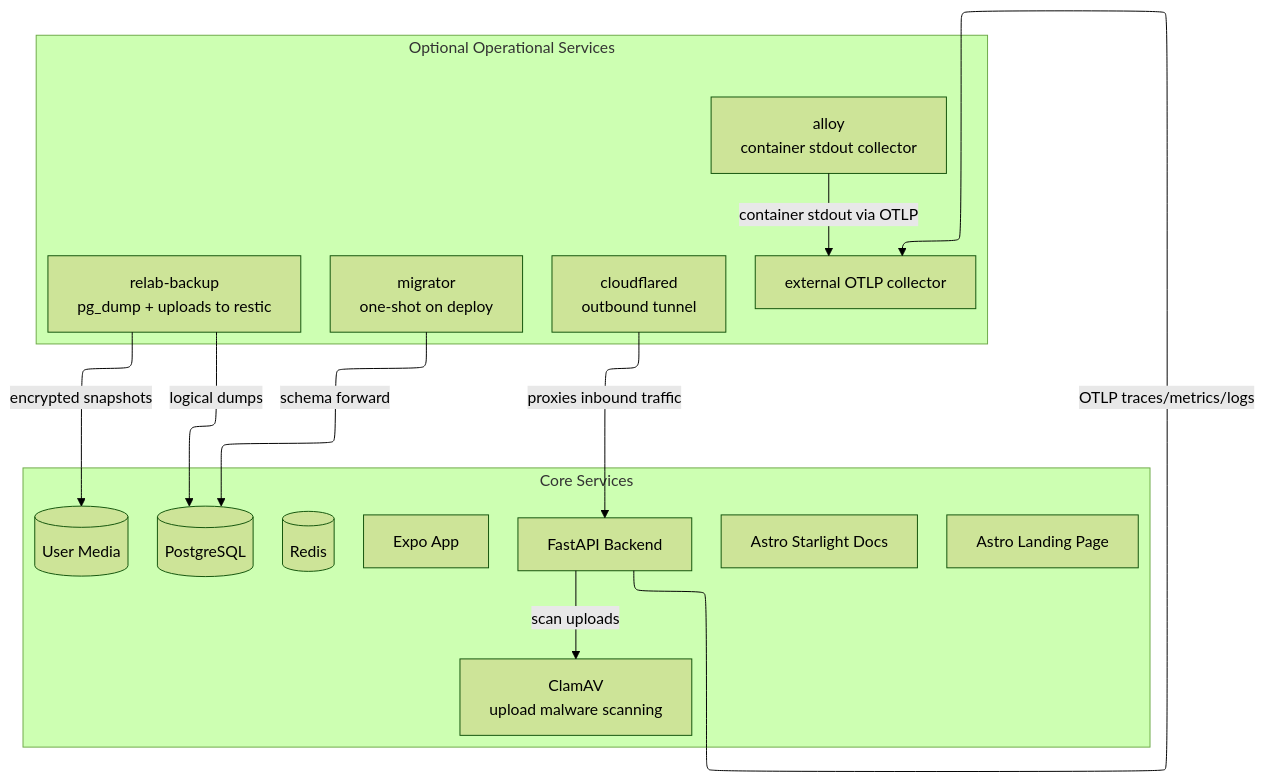
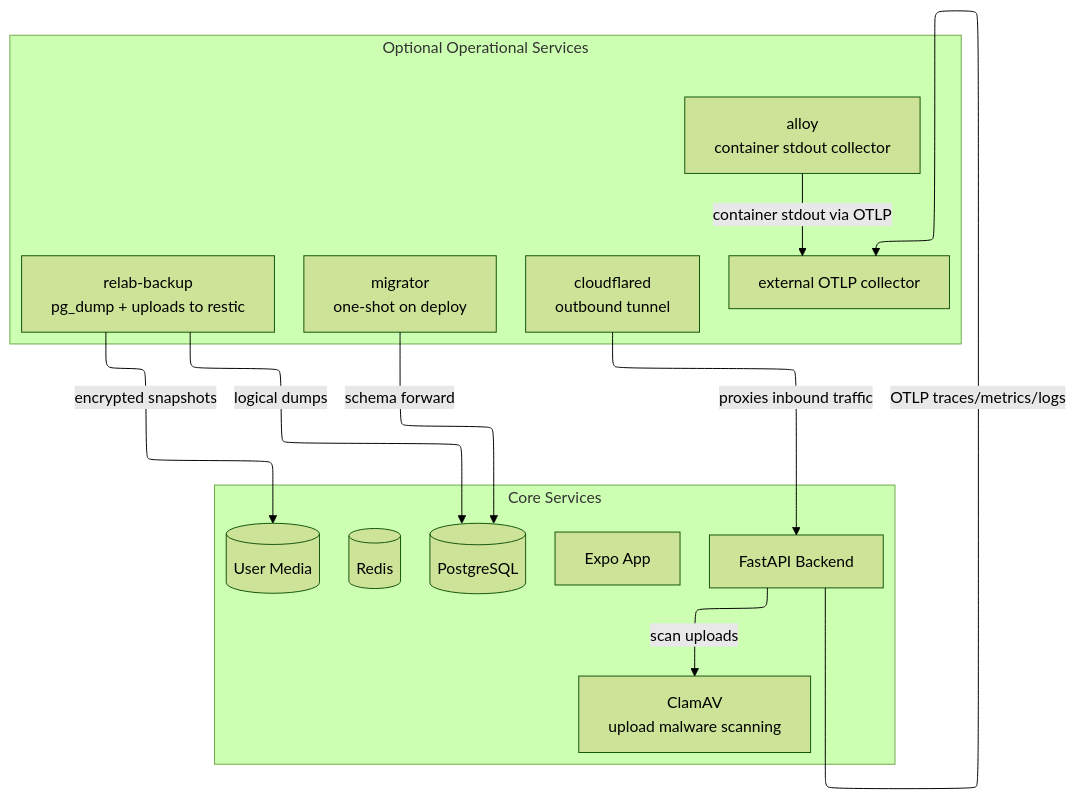
One commit to CMLPlatform/relab changed the diagram in docs/src/content/docs/operations/deployment.mdx. Above: the diagram before and after it, drawn with Mermaid (forest theme). The commit also changed other lines of this file and 52 other files, not shown here.

````diff
--- a/docs/src/content/docs/operations/deployment.mdx
+++ b/docs/src/content/docs/operations/deployment.mdx
@@ -14,35 +14,33 @@
 ```mermaid
 ---
 config:
     layout: elk
 ---
 graph TD
     accTitle: Deployment Compose service topology
-    accDescr: The core services are the FastAPI backend, PostgreSQL, Redis, ClamAV, user media storage, the Expo app, the Astro landing page, and the Starlight docs site. They run alongside optional operational services for migrations, backups, the Cloudflare tunnel, and OTLP telemetry export from both the backend and an Alloy log collector. The backend is the hub, talking to the database, cache, malware scanner, and external monitoring collector.
+    accDescr: The core services are the FastAPI backend, PostgreSQL, Redis, ClamAV, user media storage, and the Expo app. They run alongside optional operational services for migrations, backups, the Cloudflare tunnel, and OTLP telemetry export from both the backend and an Alloy log collector. The backend is the hub, talking to the database, cache, malware scanner, and external monitoring collector.
     subgraph Core ["Core Services"]
         Backend[FastAPI Backend]
         DB[(PostgreSQL)]
         Cache[(Redis)]
         ClamAV[ClamAV\nupload malware scanning]
         Uploads[(User Media)]
         FrontendApp[Expo App]
-        FrontendWeb[Astro Landing Page]
-        Docs[Astro Starlight Docs]
     end
 
     subgraph Operational ["Optional Operational Services"]
         Migrations[migrator\none-shot on deploy]
         Backups[relab-backup\npg_dump + uploads to restic]
         Cloudflared[cloudflared\noutbound tunnel]
         Alloy[alloy\ncontainer stdout collector]
         OTel[external OTLP collector]
     end
 
     Migrations -->|schema forward| DB
     Backups -->|logical dumps| DB
     Backups -->|encrypted snapshots| Uploads
     Cloudflared -->|proxies inbound traffic| Backend
     Backend -->|scan uploads| ClamAV
     Backend -->|OTLP traces/metrics/logs| OTel
     Alloy -->|container stdout via OTLP| OTel
 ```
````
